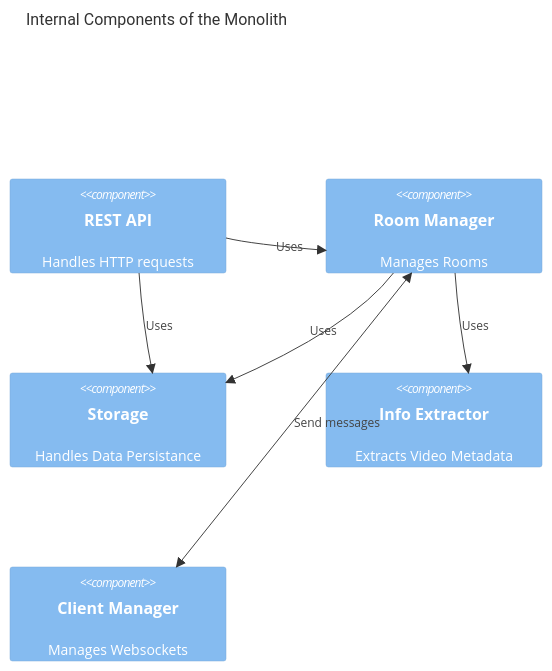
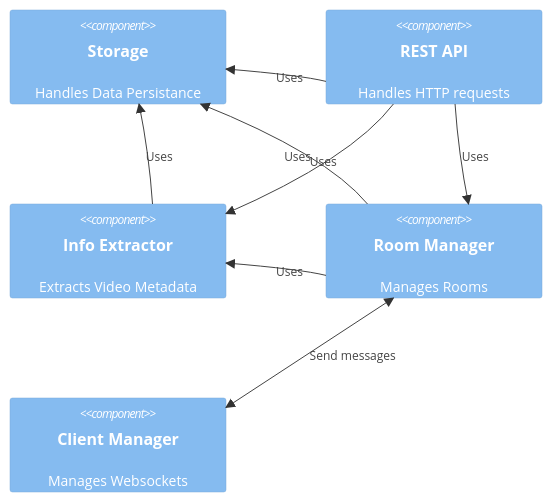
The diagram in figures/components-monolith.mmd (dyc3/senior-design), drawn with Mermaid before and after one commit. The commit also changed 6 other files, not shown here.

First line of the commit message:
deployment diagram fixes (#145)

```diff
--- a/figures/components-monolith.mmd
+++ b/figures/components-monolith.mmd
@@ -1,16 +1,16 @@
 C4Component
-    title Internal Components of the Monolith
-
+    Component(storage, "Storage", "", "Handles Data Persistance")
     Component(api, "REST API", "", "Handles HTTP requests")
+    Component(infoext, "Info Extractor", "", "Extracts Video Metadata")
     Component(roomman, "Room Manager", "", "Manages Rooms")
-    Component(storage, "Storage", "", "Handles Data Persistance")
-    Component(infoext, "Info Extractor", "", "Extracts Video Metadata")
     Component(clientman, "Client Manager", "", "Manages Websockets")
 
     BiRel(roomman, clientman, "Send messages")
     Rel(api, roomman, "Uses")
     Rel(roomman, infoext, "Uses")
     Rel(api, storage, "Uses")
+    Rel(api, infoext, "Uses")
     Rel(roomman, storage, "Uses")
+    Rel(infoext, storage, "Uses")
 
     UpdateLayoutConfig($c4ShapeInRow="2", $c4BoundaryInRow="1")
```
